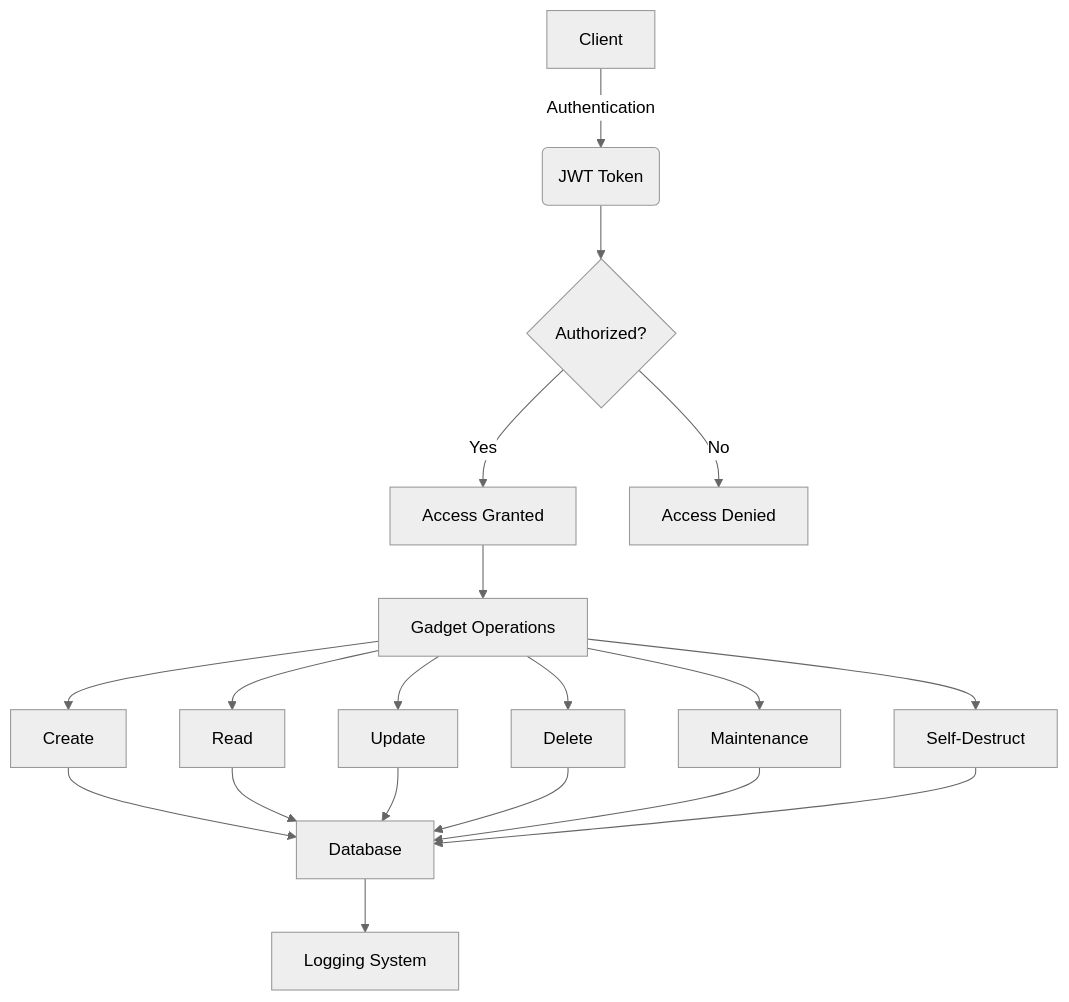
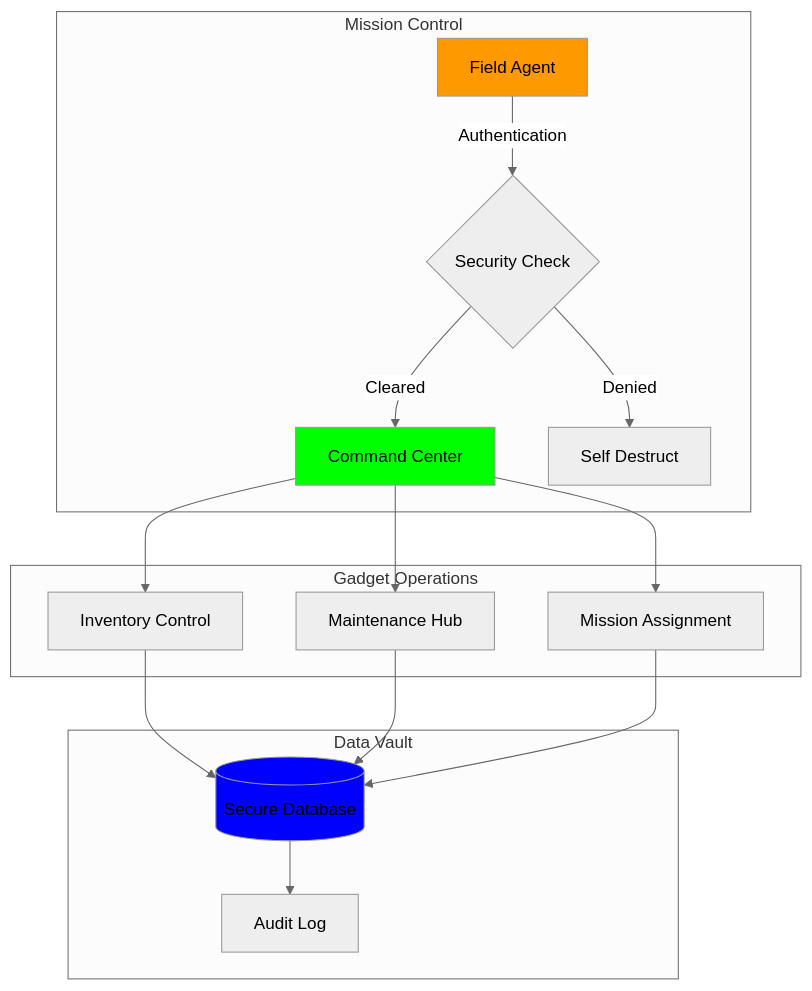
The first of 2 diagrams in README.md (anshc022/imf-gadget-api), drawn with Mermaid (neutral theme) before and after one commit. The commit also changed other lines of this file, not shown here.

````diff
--- a/README.md
+++ b/README.md
@@ -13,16 +44,26 @@
 ```mermaid
-graph TD
-    A[Client] -->|Authentication| B(JWT Token)
-    B --> C{Authorized?}
-    C -->|Yes| D[Access Granted]
-    C -->|No| E[Access Denied]
-    D --> F[Gadget Operations]
-    F --> G[Create]
-    F --> H[Read]
-    F --> I[Update]
-    F --> J[Delete]
-    F --> K[Maintenance]
-    F --> L[Self-Destruct]
-    G & H & I & J & K & L --> M[Database]
-    M --> N[Logging System]
+graph TB
+    subgraph "Mission Control"
+        A[Field Agent] -->|Authentication| B{Security Check}
+        B -->|Cleared| C[Command Center]
+        B -->|Denied| D[Self Destruct]
+    end
+    
+    subgraph "Gadget Operations"
+        C --> E[Inventory Control]
+        C --> F[Maintenance Hub]
+        C --> G[Mission Assignment]
+    end
+    
+    subgraph "Data Vault"
+        E --> H[(Secure Database)]
+        F --> H
+        G --> H
+        H --> I[Audit Log]
+    end
+
+    style A fill:#ff9900
+    style B fill:#red
+    style C fill:#00ff00
+    style H fill:#0000ff
 ```
````
